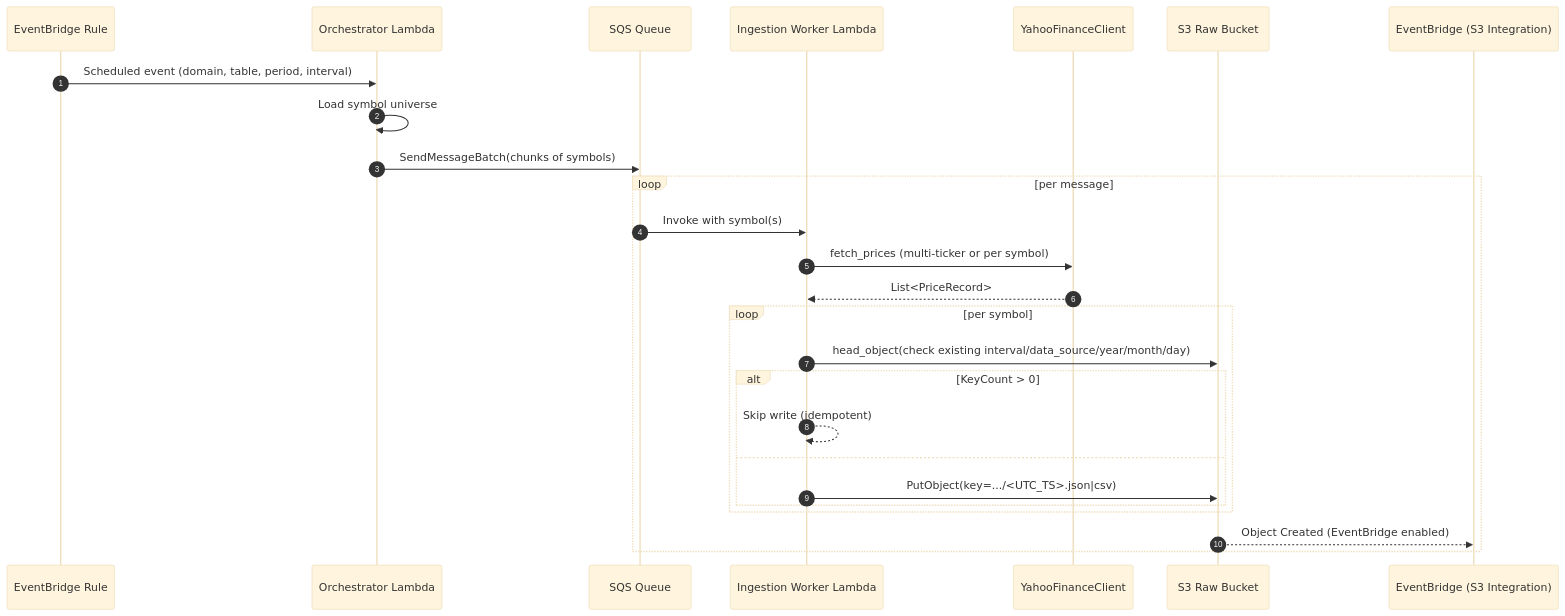
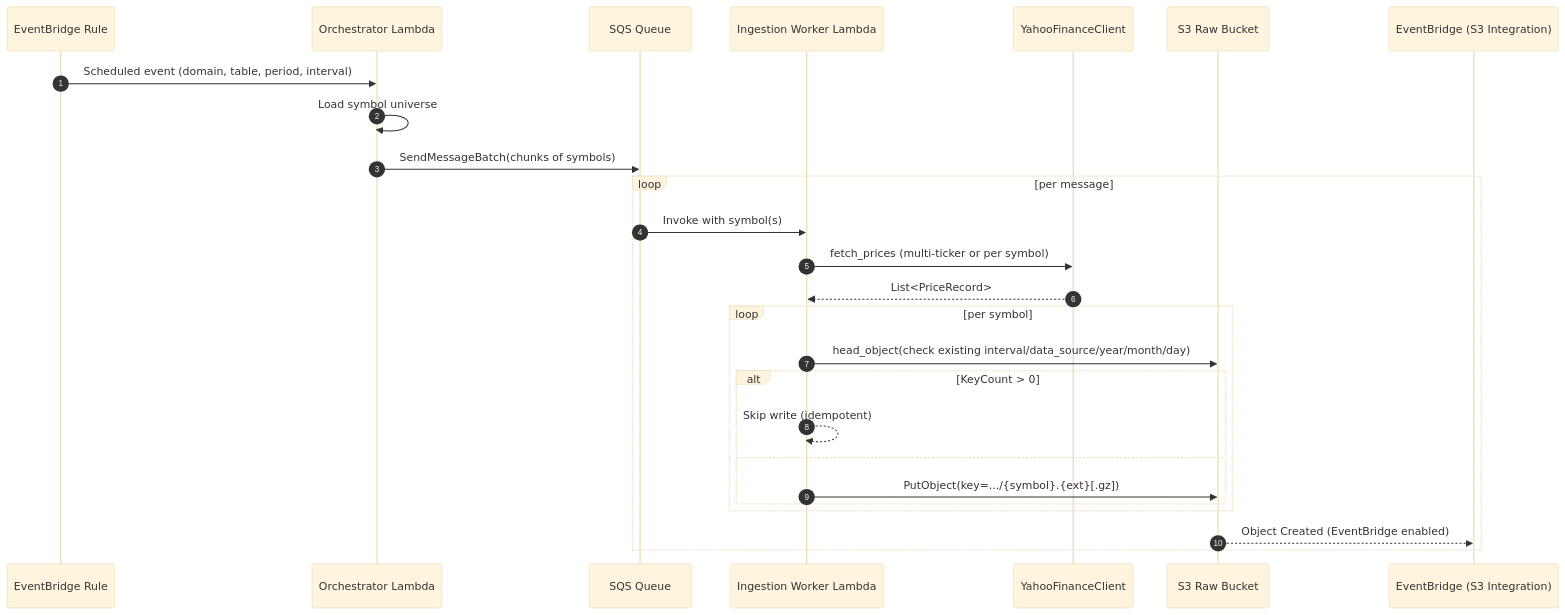
One commit to keemgdeok/fin-forge-pipeline changed the diagram in docs/diagrams/extract/03-sequence.md. Above: the diagram before and after it, drawn with Mermaid (base theme). The commit also changed 8 other files, not shown here.

````diff
--- a/docs/diagrams/extract/03-sequence.md
+++ b/docs/diagrams/extract/03-sequence.md
@@ -1,30 +1,30 @@
 ```mermaid
 sequenceDiagram
   autonumber
   participant EV as EventBridge Rule
   participant ORC as Orchestrator Lambda
   participant SQS as SQS Queue
   participant WRK as Ingestion Worker Lambda
   participant YF as YahooFinanceClient
   participant S3 as S3 Raw Bucket
   participant EB as EventBridge (S3 Integration)
 
   EV->>ORC: Scheduled event (domain, table, period, interval)
   ORC->>ORC: Load symbol universe
   ORC->>SQS: SendMessageBatch(chunks of symbols)
   loop per message
     SQS->>WRK: Invoke with symbol(s)
     WRK->>YF: fetch_prices (multi-ticker or per symbol)
     YF-->>WRK: List<PriceRecord>
     loop per symbol
   WRK->>S3: head_object(check existing interval/data_source/year/month/day)
       alt KeyCount > 0
         WRK-->>WRK: Skip write (idempotent)
       else
-        WRK->>S3: PutObject(key=.../<UTC_TS>.json|csv)
+        WRK->>S3: PutObject(key=.../{symbol}.{ext}[.gz])
       end
     end
     S3-->>EB: Object Created (EventBridge enabled)
   end
 
 ```
````
